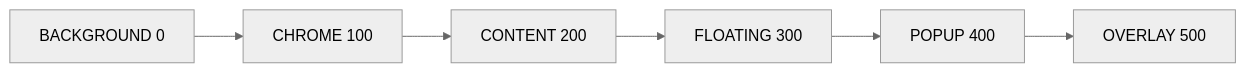
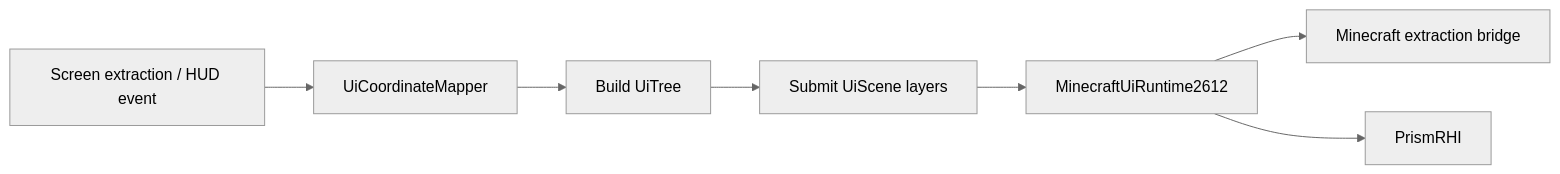
One commit to KonekokoHouse/Epsilon changed the diagram in docs/gui.md. Above: the diagram before and after it, drawn with Mermaid (neutral theme). The commit also changed other lines of this file and 7 other files, not shown here.

````diff
--- a/docs/gui.md
+++ b/docs/gui.md
@@ -46,8 +20,9 @@
 ```mermaid
 flowchart LR
-    A["BACKGROUND 0"] --> B["CHROME 100"]
-    B --> C["CONTENT 200"]
-    C --> D["FLOATING 300"]
-    D --> E["POPUP 400"]
-    E --> F["OVERLAY 500"]
+    A["Screen extraction / HUD event"] --> B["UiCoordinateMapper"]
+    B --> C["Build UiTree"]
+    C --> D["Submit UiScene layers"]
+    D --> E["MinecraftUiRuntime2612"]
+    E --> F["Minecraft extraction bridge"]
+    E --> G["PrismRHI"]
 ```
````
